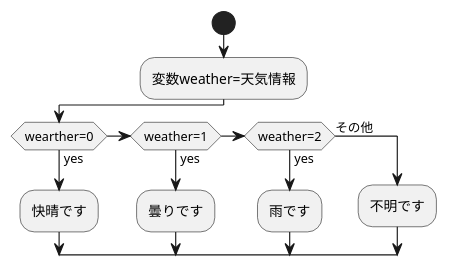
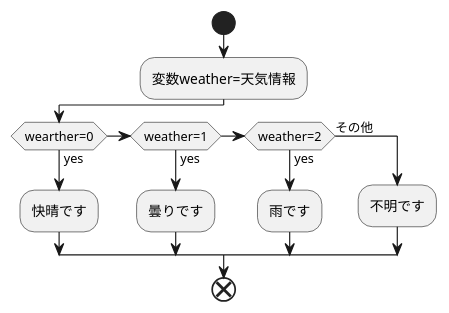
The diagram in test3.md (Aso2001148/2021sys-design), drawn with PlantUML before and after one commit.

````diff
--- a/test3.md
+++ b/test3.md
@@ -1,14 +1,16 @@
 ```uml
 @startuml
 start
 :変数weather=天気情報;
 if(wearther=0)then(yes)
 :快晴です;
 else if(weather=1)then(yes)
 :曇りです;
 else if(weather=2)then(yes)
 :雨です;
 else(その他)
 :不明です;
+endif
+end
 @enduml
 ```
````
